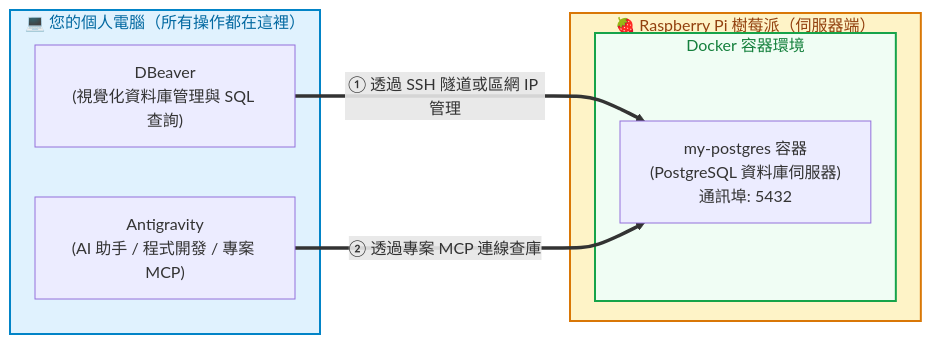
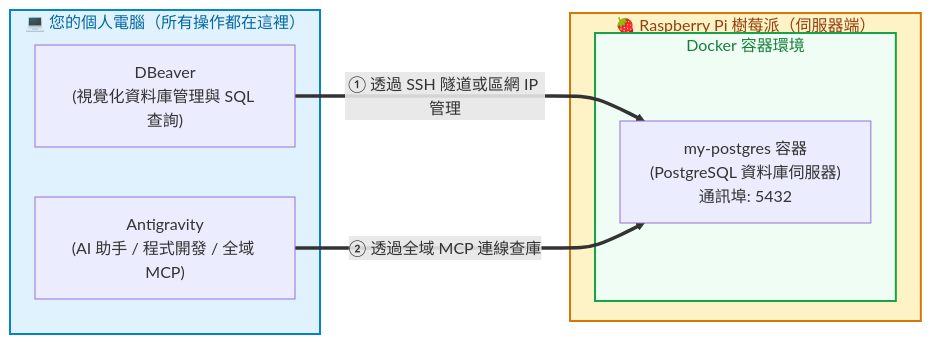
Before and after one commit to roberthsu2003/postgreSQL_MCP: the diagram in raspberry_docker安裝/README.md, drawn with Mermaid. The commit also changed other lines of this file and 2 other files, not shown here.

Commit message:
refactor: clear default mcp servers in config and update raspberry pi docker documentation

````diff
--- a/raspberry_docker安裝/README.md
+++ b/raspberry_docker安裝/README.md
@@ -15,23 +15,23 @@
 ```mermaid
 graph LR
     subgraph Client ["💻 您的個人電腦（所有操作都在這裡）"]
         DBP["DBeaver<br/>(視覺化資料庫管理與 SQL 查詢)"]
-        AG["Antigravity<br/>(AI 助手 / 程式開發 / 專案 MCP)"]
+        AG["Antigravity<br/>(AI 助手 / 程式開發 / 全域 MCP)"]
     end
 
     subgraph Pi ["🍓 Raspberry Pi 樹莓派（伺服器端）"]
         subgraph Docker ["Docker 容器環境"]
             PG["my-postgres 容器<br/>(PostgreSQL 資料庫伺服器)<br/>通訊埠: 5432"]
         end
     end
 
     DBP ==>|"① 透過 SSH 隧道或區網 IP 管理"| PG
-    AG ==>|"② 透過專案 MCP 連線查庫"| PG
+    AG ==>|"② 透過全域 MCP 連線查庫"| PG
 
     classDef client fill:#e0f2fe,stroke:#0284c7,stroke-width:2px,color:#0369a1
     classDef server fill:#fef3c7,stroke:#d97706,stroke-width:2px,color:#92400e
     classDef docker fill:#f0fdf4,stroke:#16a34a,stroke-width:2px,color:#15803d
     class Client client
     class Pi server
     class Docker docker
 ```
````
